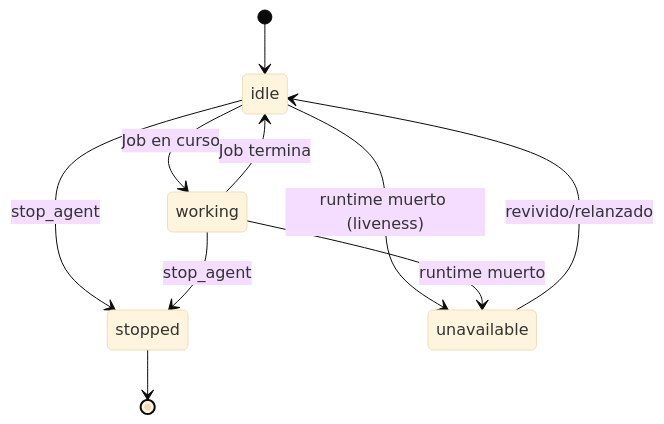
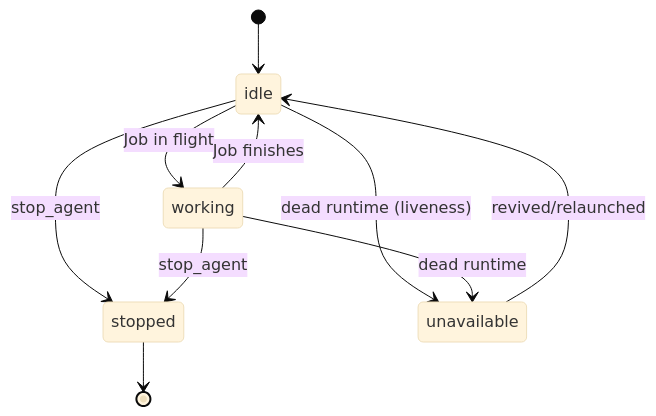
One commit to Yokosillo/atlas-forge changed the diagram in docs/agents.md. Above: the diagram before and after it, drawn with Mermaid (base theme). The commit also changed other lines of this file and 19 other files, not shown here.

````diff
--- a/docs/agents.md
+++ b/docs/agents.md
@@ -34,12 +36,12 @@
 ```mermaid
 stateDiagram-v2
     [*] --> idle
-    idle --> working: Job en curso
+    idle --> working: Job in flight
     idle --> stopped: stop_agent
-    idle --> unavailable: runtime muerto (liveness)
-    working --> idle: Job termina
+    idle --> unavailable: dead runtime (liveness)
+    working --> idle: Job finishes
     working --> stopped: stop_agent
-    working --> unavailable: runtime muerto
-    unavailable --> idle: revivido/relanzado
+    working --> unavailable: dead runtime
+    unavailable --> idle: revived/relaunched
     stopped --> [*]
 ```
````
